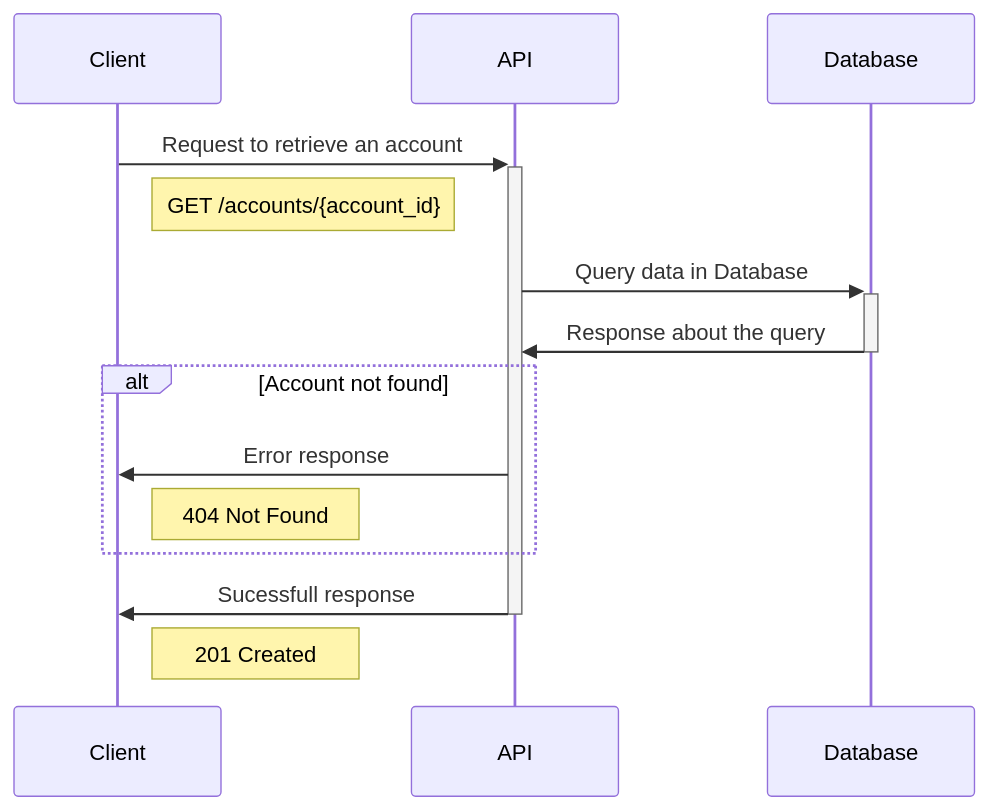
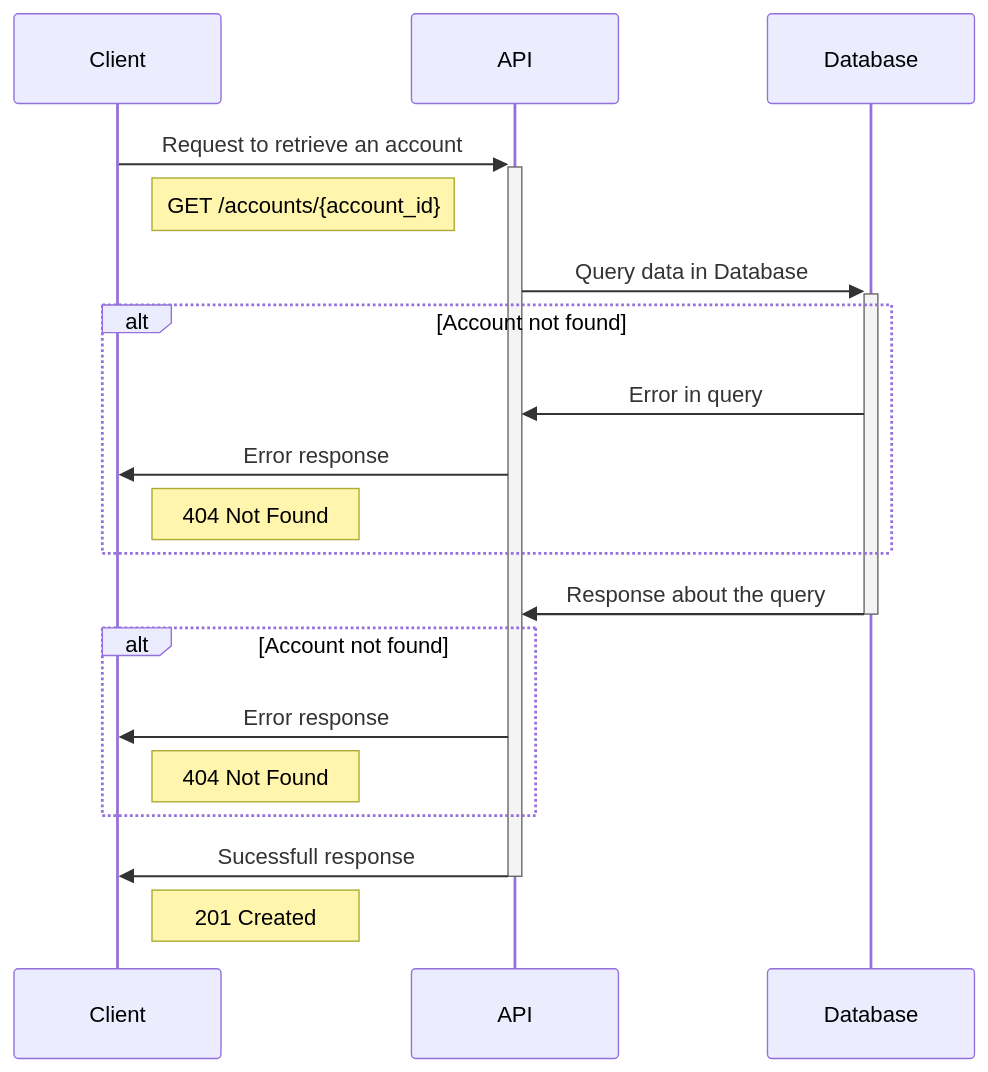
The third of 4 diagrams in README.md (gabrielmvnog/bank-account), drawn with Mermaid before and after one commit. The commit also changed other lines of this file and 3 other files, not shown here.

````diff
--- a/README.md
+++ b/README.md
@@ -109,16 +116,21 @@
 ```mermaid
 sequenceDiagram
     Client->>+API: Request to retrieve an account
     Note right of Client: GET /accounts/{account_id}
 
-    API->>+Database: Query data in Database    
+    API->>+Database: Query data in Database
+    alt Account not found
+        Database->>API: Error in query
+        API->>Client: Error response
+        Note right of Client: 404 Not Found
+    end    
     Database->>-API: Response about the query    
 
     alt Account not found
         API->>Client: Error response
         Note right of Client: 404 Not Found
     end
 
     API->>-Client: Sucessfull response
     Note right of Client: 201 Created
 ```
````
